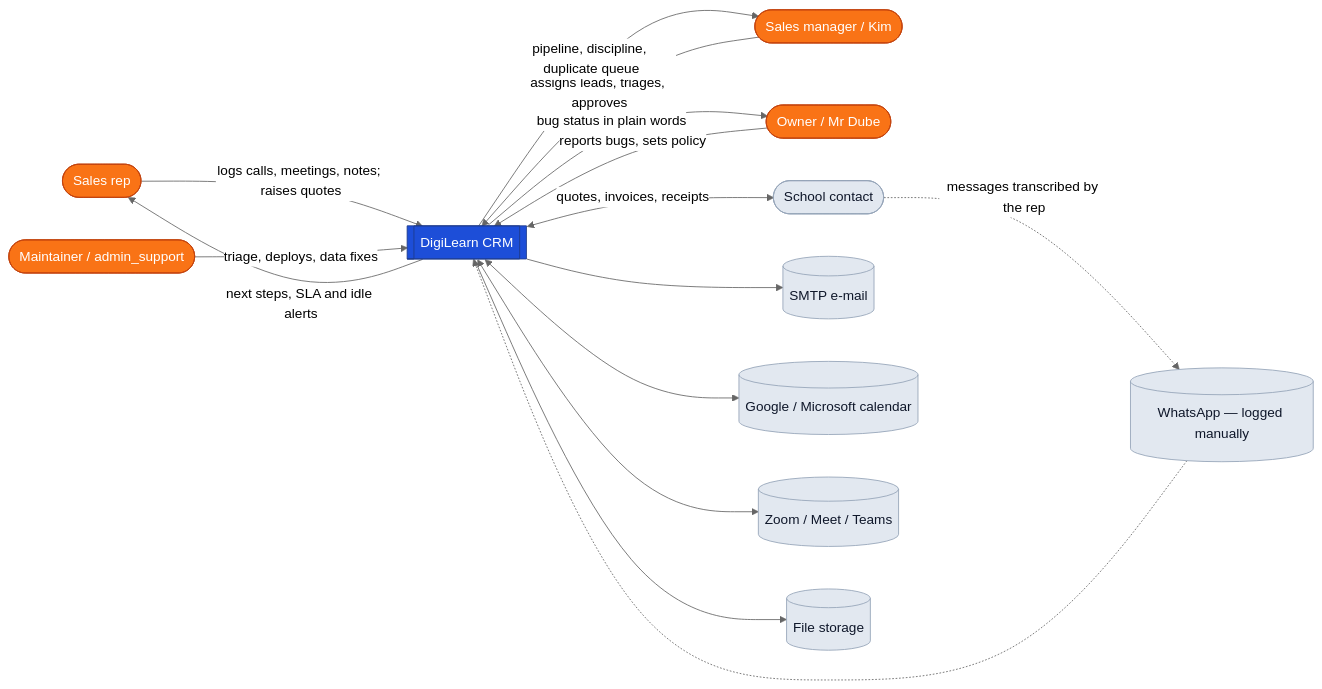
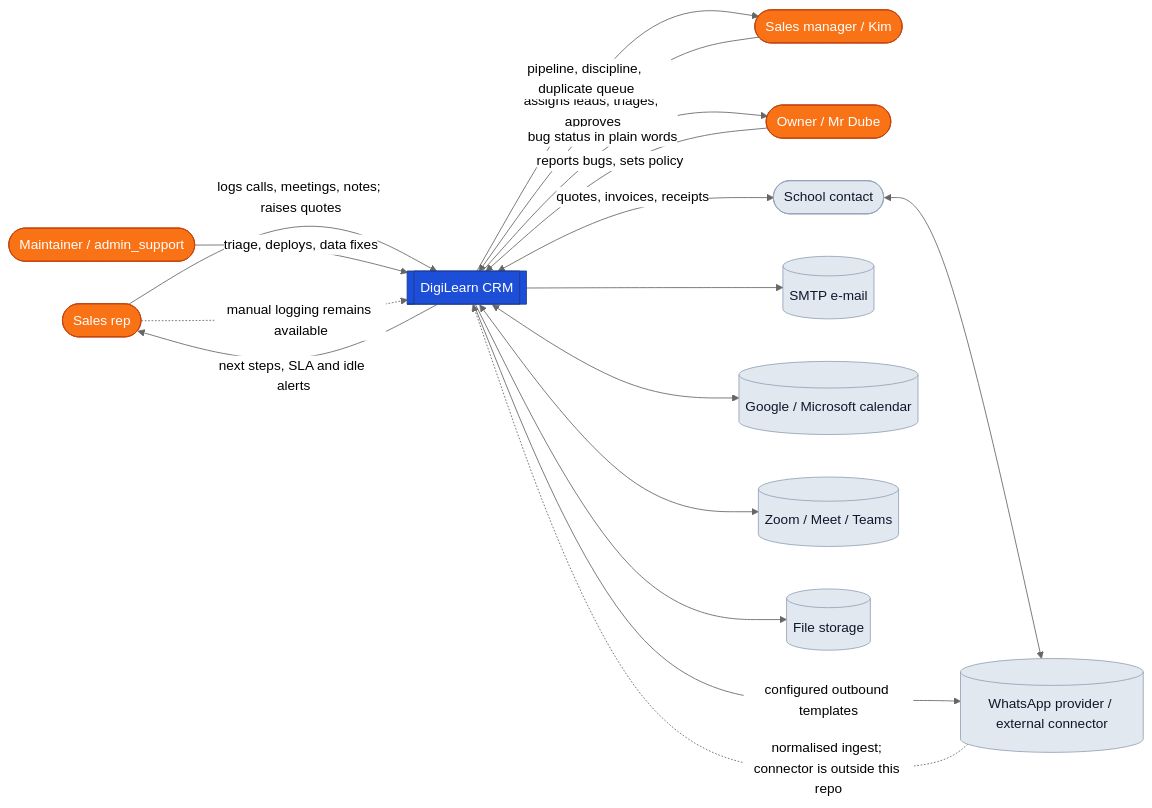
One commit to ApeX353/DigiLearn-CRM--Current changed the first of 10 diagrams in CODEBASE-SKELETON.md. Above: the diagram before and after it, drawn with Mermaid (neutral theme). The commit also changed other lines of this file and 5 other files, not shown here.

````diff
--- a/CODEBASE-SKELETON.md
+++ b/CODEBASE-SKELETON.md
@@ -79,35 +86,37 @@
 ```mermaid
 flowchart LR
   rep([Sales rep]):::person
   mgr([Sales manager / Kim]):::person
   owner([Owner / Mr Dube]):::person
   sup([Maintainer / admin_support]):::person
   school([School contact]):::ext
 
   crm[["DigiLearn CRM"]]:::sys
 
   smtp[(SMTP e-mail)]:::ext
   cal[(Google / Microsoft calendar)]:::ext
   vid[(Zoom / Meet / Teams)]:::ext
   blob[(File storage)]:::ext
-  wa[(WhatsApp — logged manually)]:::ext
+  wa[(WhatsApp provider / external connector)]:::ext
 
   rep -->|logs calls, meetings, notes; raises quotes| crm
   crm -->|next steps, SLA and idle alerts| rep
   mgr -->|assigns leads, triages, approves| crm
   crm -->|pipeline, discipline, duplicate queue| mgr
   owner -->|reports bugs, sets policy| crm
   crm -->|bug status in plain words| owner
   sup -->|triage, deploys, data fixes| crm
   crm <-->|quotes, invoices, receipts| school
   crm --> smtp
   crm <--> cal
   crm <--> vid
   crm --> blob
-  school -.->|messages transcribed by the rep| wa
-  wa -.-> crm
+  school <--> wa
+  crm -->|configured outbound templates| wa
+  wa -.->|normalised ingest; connector is outside this repo| crm
+  rep -.->|manual logging remains available| crm
 
   classDef sys fill:#1d4ed8,stroke:#1e3a8a,color:#fff
   classDef person fill:#f97316,stroke:#c2410c,color:#fff
   classDef ext fill:#e2e8f0,stroke:#94a3b8,color:#0f172a
 ```
````
